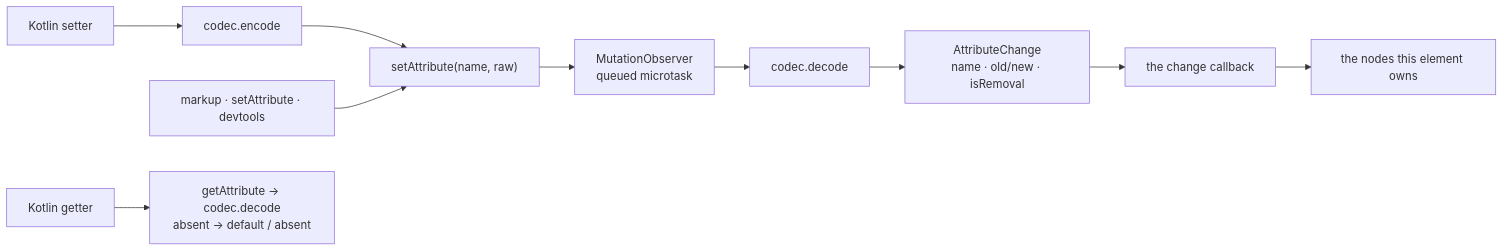
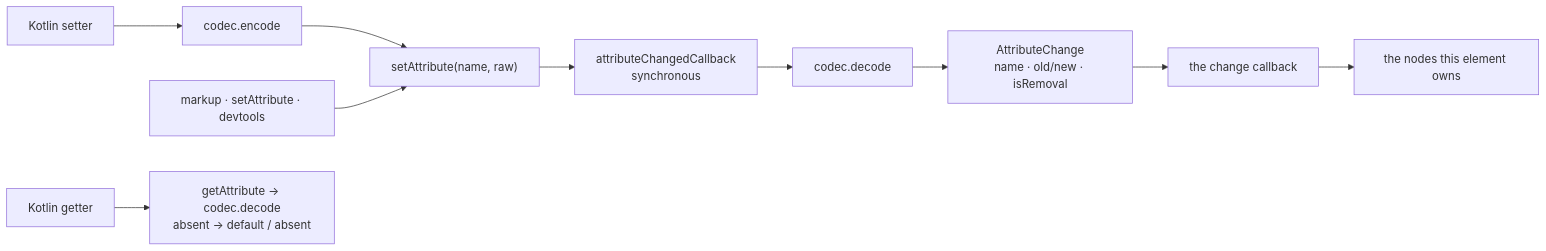
Before and after one commit to shijianjs/ktjs-dom-kit: the diagram in docs/src/jsMain/resources/docs/dom-kit/attributes.md, drawn with Mermaid. The commit also changed other lines of this file and 11 other files, not shown here.

First line of the commit message:
dom-kit: attribute changes come from attributeChangedCallback

````diff
--- a/docs/src/jsMain/resources/docs/dom-kit/attributes.md
+++ b/docs/src/jsMain/resources/docs/dom-kit/attributes.md
@@ -21,7 +21,7 @@
 ```mermaid
 flowchart LR
   SET["Kotlin setter"] --> ENC["codec.encode"] --> WR["setAttribute(name, raw)"]
   EXT["markup · setAttribute · devtools"] --> WR
-  WR --> OB["MutationObserver<br/>queued microtask"] --> DEC["codec.decode"] --> CH["AttributeChange<br/>name · old/new · isRemoval"] --> CB["the change callback"] --> NODE["the nodes this element owns"]
+  WR --> AC["attributeChangedCallback<br/>synchronous"] --> DEC["codec.decode"] --> CH["AttributeChange<br/>name · old/new · isRemoval"] --> CB["the change callback"] --> NODE["the nodes this element owns"]
   GET["Kotlin getter"] --> RD["getAttribute → codec.decode<br/>absent → default / absent"]
 ```
````
